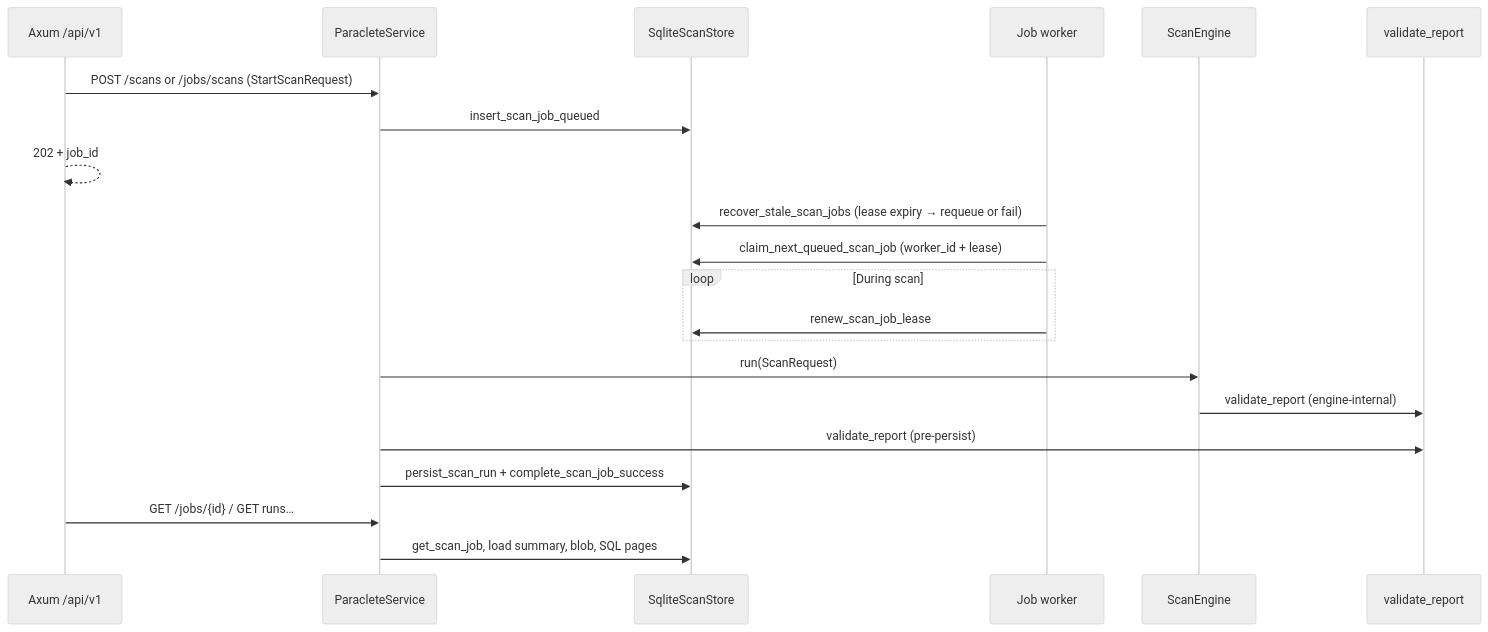
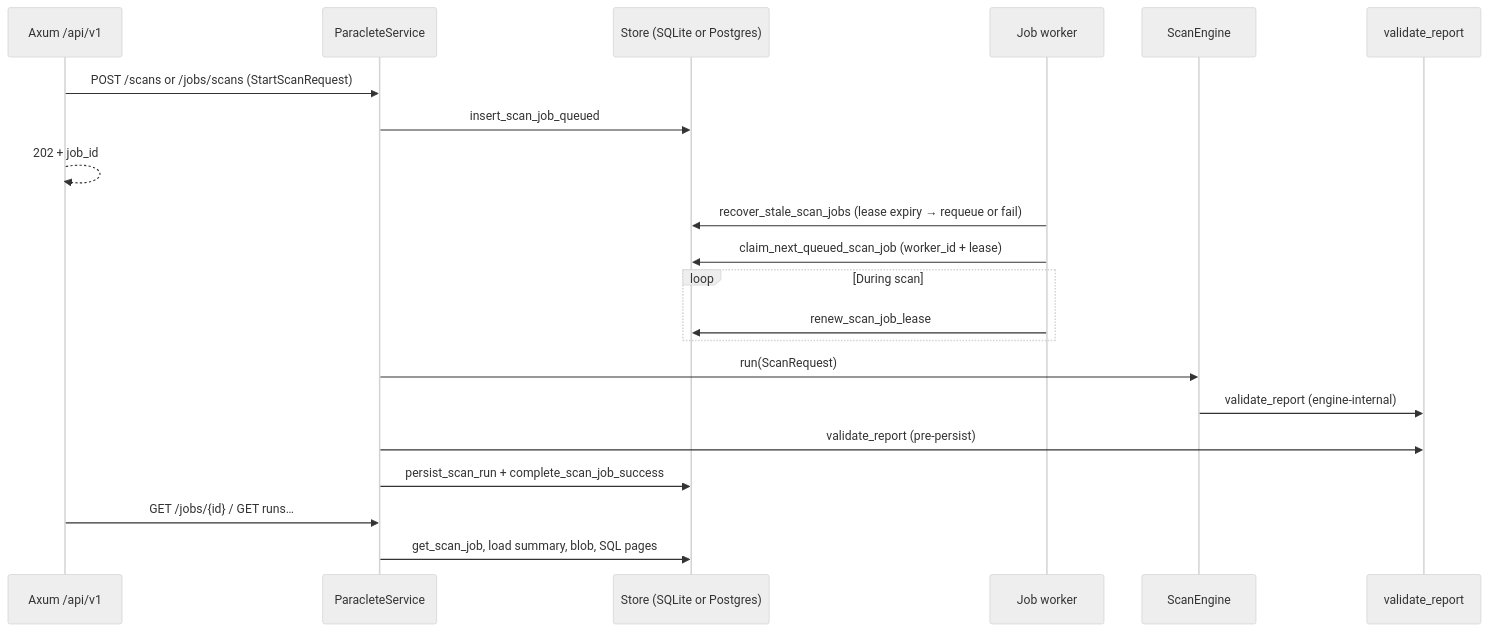
Before and after one commit to sempervent/paraclete: the second of 2 diagrams in docs/architecture.md, drawn with Mermaid (neutral theme). The commit also changed other lines of this file and 104 other files, not shown here.

````diff
--- a/docs/architecture.md
+++ b/docs/architecture.md
@@ -84,23 +139,23 @@
 ```mermaid
 sequenceDiagram
   participant Http as Axum /api/v1
   participant App as ParacleteService
-  participant St as SqliteScanStore
+  participant St as Store (SQLite or Postgres)
   participant W as Job worker
   participant Eng as ScanEngine
   participant Val as validate_report
   Http->>App: POST /scans or /jobs/scans (StartScanRequest)
   App->>St: insert_scan_job_queued
   Http-->>Http: 202 + job_id
   W->>St: recover_stale_scan_jobs (lease expiry → requeue or fail)
   W->>St: claim_next_queued_scan_job (worker_id + lease)
   loop During scan
     W->>St: renew_scan_job_lease
   end
   App->>Eng: run(ScanRequest)
   Eng->>Val: validate_report (engine-internal)
   App->>Val: validate_report (pre-persist)
   App->>St: persist_scan_run + complete_scan_job_success
   Http->>App: GET /jobs/{id} / GET runs…
   App->>St: get_scan_job, load summary, blob, SQL pages
 ```
````
